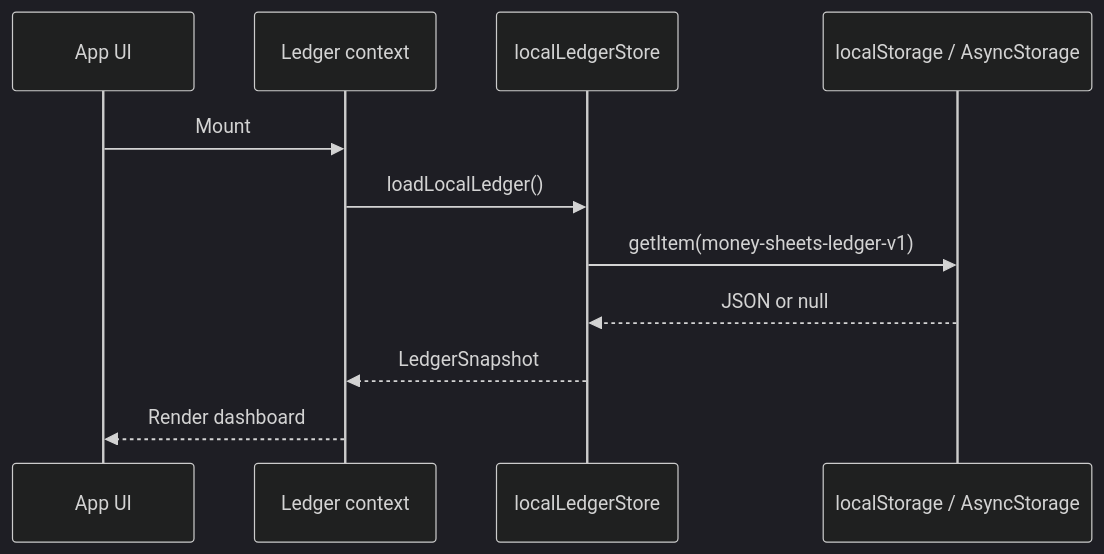
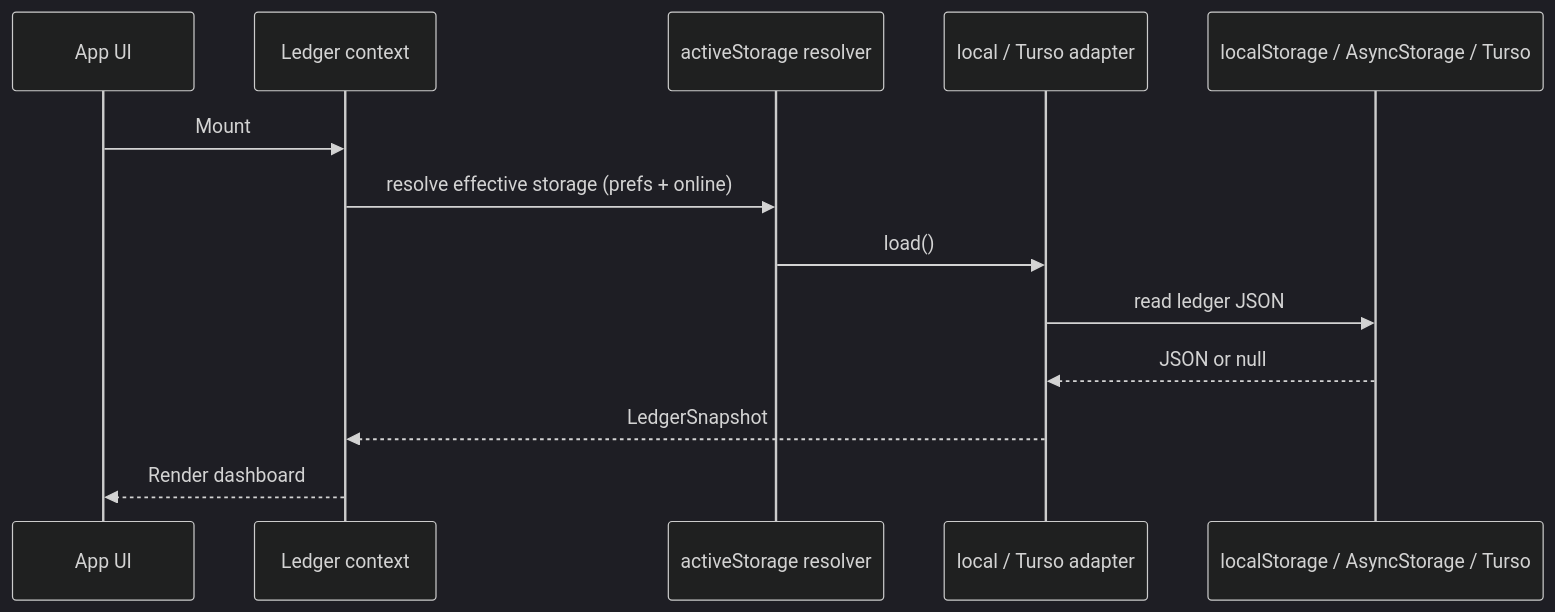
One commit to dushyant97/money-sheets changed the fourth of 6 diagrams in README.md. Above: the diagram before and after it, drawn with Mermaid (dark theme). The commit also changed other lines of this file and 43 other files, not shown here.

````diff
--- a/README.md
+++ b/README.md
@@ -469,14 +504,16 @@
 ```mermaid
 sequenceDiagram
   participant UI as App UI
   participant Ledger as Ledger context
-  participant Store as localLedgerStore
-  participant Disk as localStorage / AsyncStorage
+  participant Resolver as activeStorage resolver
+  participant Adapter as local / Turso adapter
+  participant Disk as localStorage / AsyncStorage / Turso
 
   UI->>Ledger: Mount
-  Ledger->>Store: loadLocalLedger()
-  Store->>Disk: getItem(money-sheets-ledger-v1)
-  Disk-->>Store: JSON or null
-  Store-->>Ledger: LedgerSnapshot
+  Ledger->>Resolver: resolve effective storage (prefs + online)
+  Resolver->>Adapter: load()
+  Adapter->>Disk: read ledger JSON
+  Disk-->>Adapter: JSON or null
+  Adapter-->>Ledger: LedgerSnapshot
   Ledger-->>UI: Render dashboard
 ```
````
